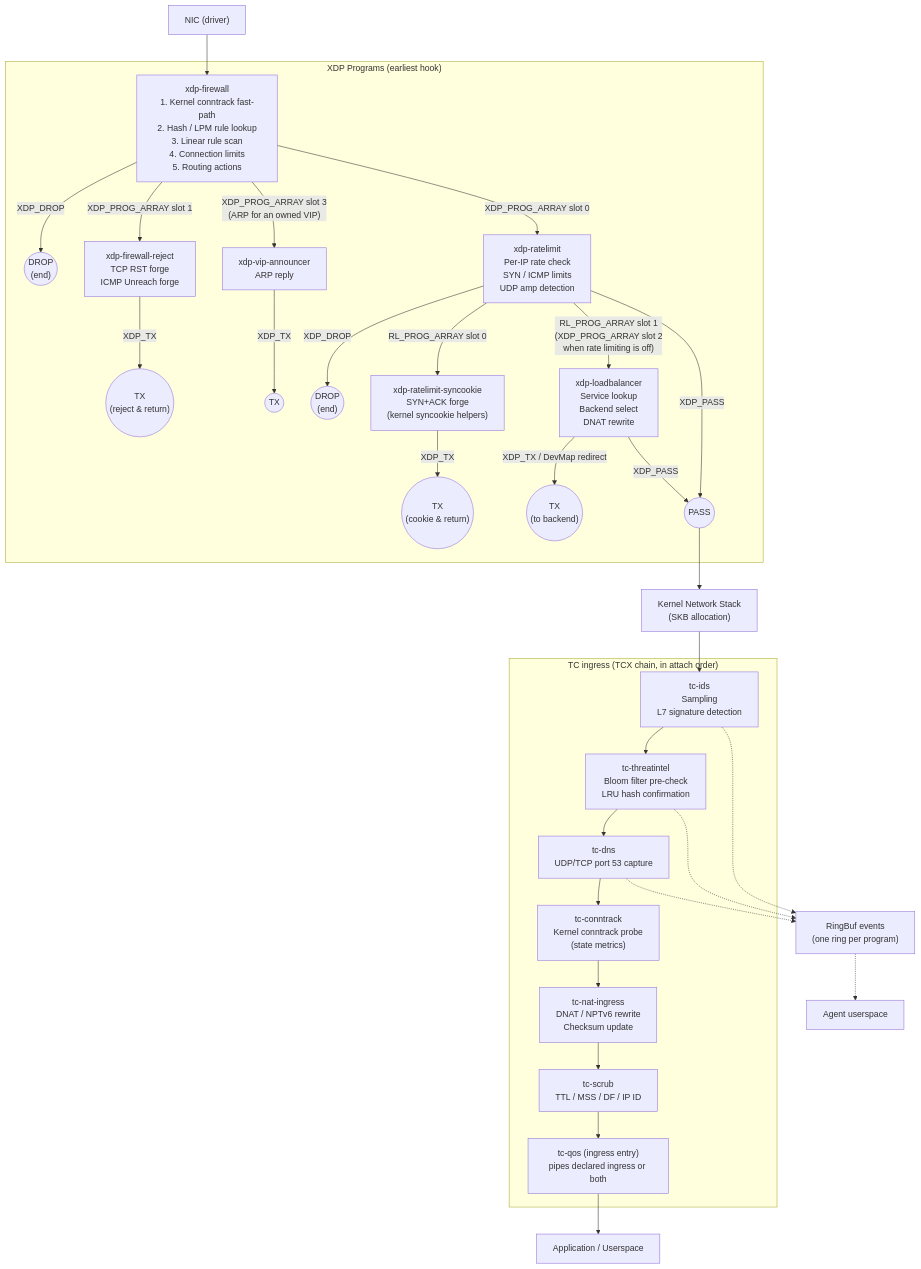
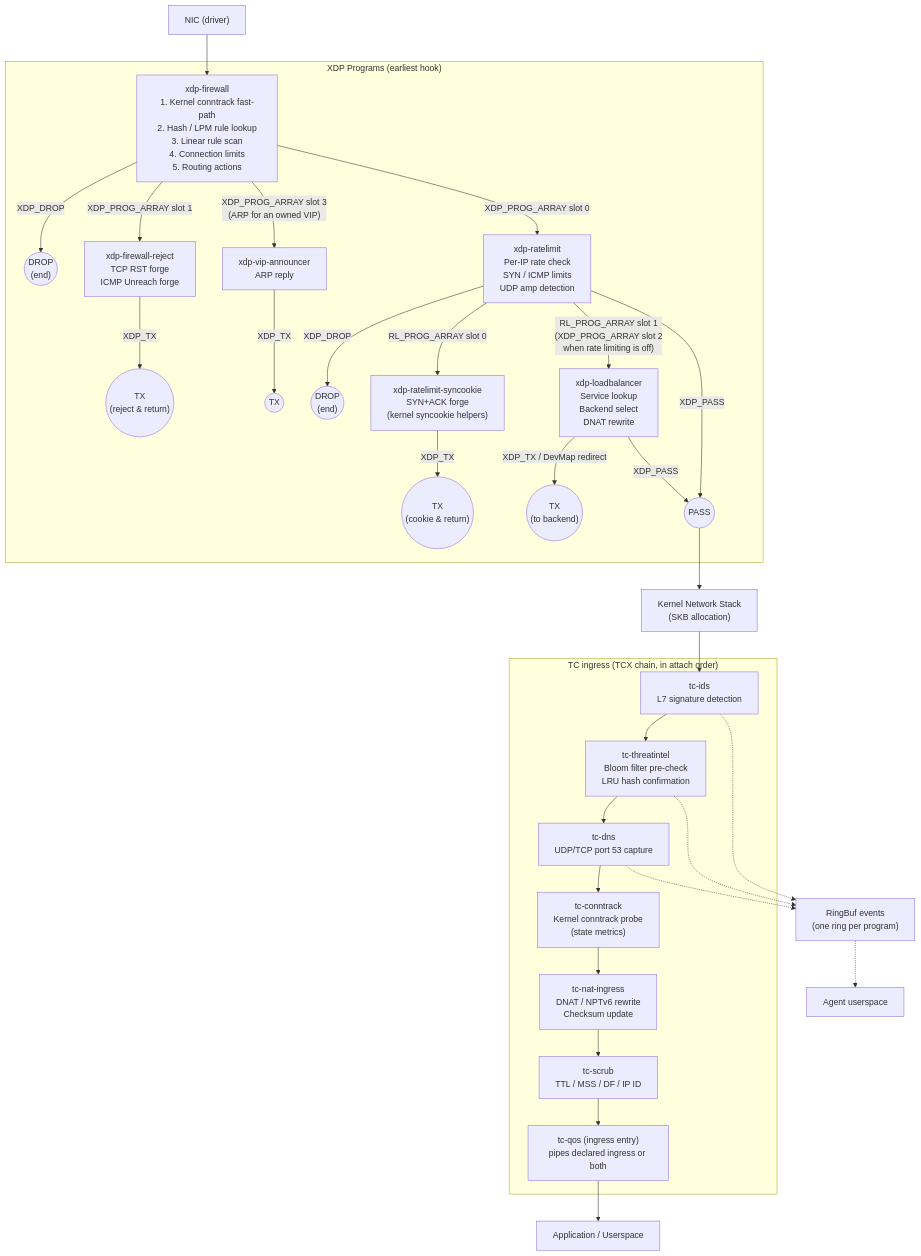
One commit to ebpfsentinel/ebpfsentinel-docs changed the first of 3 diagrams in docs/kernel/pipeline.md. Above: the diagram before and after it, drawn with Mermaid. The commit also changed 5 other files, not shown here.

Commit message:
docs(kernel): the IDS sampling map is never written, so the kernel emits every matched event and sampling happens in userspace

````diff
--- a/docs/kernel/pipeline.md
+++ b/docs/kernel/pipeline.md
@@ -7,47 +7,47 @@
 ```mermaid
 flowchart TD
     NIC["NIC (driver)"]
 
     subgraph XDP["XDP Programs (earliest hook)"]
         FW["xdp-firewall\n1. Kernel conntrack fast-path\n2. Hash / LPM rule lookup\n3. Linear rule scan\n4. Connection limits\n5. Routing actions"]
         FW -->|XDP_DROP| DROP1(("DROP\n(end)"))
         FW -->|"XDP_PROG_ARRAY slot 1"| REJECT["xdp-firewall-reject\nTCP RST forge\nICMP Unreach forge"]
         REJECT -->|XDP_TX| REJECT_OUT(("TX\n(reject & return)"))
         FW -->|"XDP_PROG_ARRAY slot 3\n(ARP for an owned VIP)"| VIP["xdp-vip-announcer\nARP reply"]
         VIP -->|XDP_TX| VIP_OUT(("TX"))
         FW -->|"XDP_PROG_ARRAY slot 0"| RL["xdp-ratelimit\nPer-IP rate check\nSYN / ICMP limits\nUDP amp detection"]
         RL -->|XDP_DROP| DROP2(("DROP\n(end)"))
         RL -->|"RL_PROG_ARRAY slot 0"| SYNCOOKIE["xdp-ratelimit-syncookie\nSYN+ACK forge\n(kernel syncookie helpers)"]
         SYNCOOKIE -->|XDP_TX| COOKIE_OUT(("TX\n(cookie & return)"))
         RL -->|"RL_PROG_ARRAY slot 1\n(XDP_PROG_ARRAY slot 2\nwhen rate limiting is off)"| LB["xdp-loadbalancer\nService lookup\nBackend select\nDNAT rewrite"]
         LB -->|"XDP_TX / DevMap redirect"| LB_OUT(("TX\n(to backend)"))
         LB -->|XDP_PASS| XDP_PASS(("PASS"))
         RL -->|XDP_PASS| XDP_PASS
     end
 
     STACK["Kernel Network Stack\n(SKB allocation)"]
 
     subgraph TC["TC ingress (TCX chain, in attach order)"]
-        IDS["tc-ids\nSampling\nL7 signature detection"]
+        IDS["tc-ids\nL7 signature detection"]
         THREATINTEL["tc-threatintel\nBloom filter pre-check\nLRU hash confirmation"]
         DNS["tc-dns\nUDP/TCP port 53 capture"]
         CONNTRACK["tc-conntrack\nKernel conntrack probe\n(state metrics)"]
         NAT_IN["tc-nat-ingress\nDNAT / NPTv6 rewrite\nChecksum update"]
         SCRUB["tc-scrub\nTTL / MSS / DF / IP ID"]
         QOS_IN["tc-qos (ingress entry)\npipes declared ingress or both"]
 
         IDS --> THREATINTEL --> DNS --> CONNTRACK --> NAT_IN --> SCRUB --> QOS_IN
     end
 
     RINGBUF["RingBuf events\n(one ring per program)"]
     APP["Application / Userspace"]
 
     NIC --> FW
     XDP_PASS --> STACK
     STACK --> IDS
     QOS_IN --> APP
     IDS -.-> RINGBUF
     THREATINTEL -.-> RINGBUF
     DNS -.-> RINGBUF
     RINGBUF -.-> AGENT["Agent userspace"]
 ```
````
